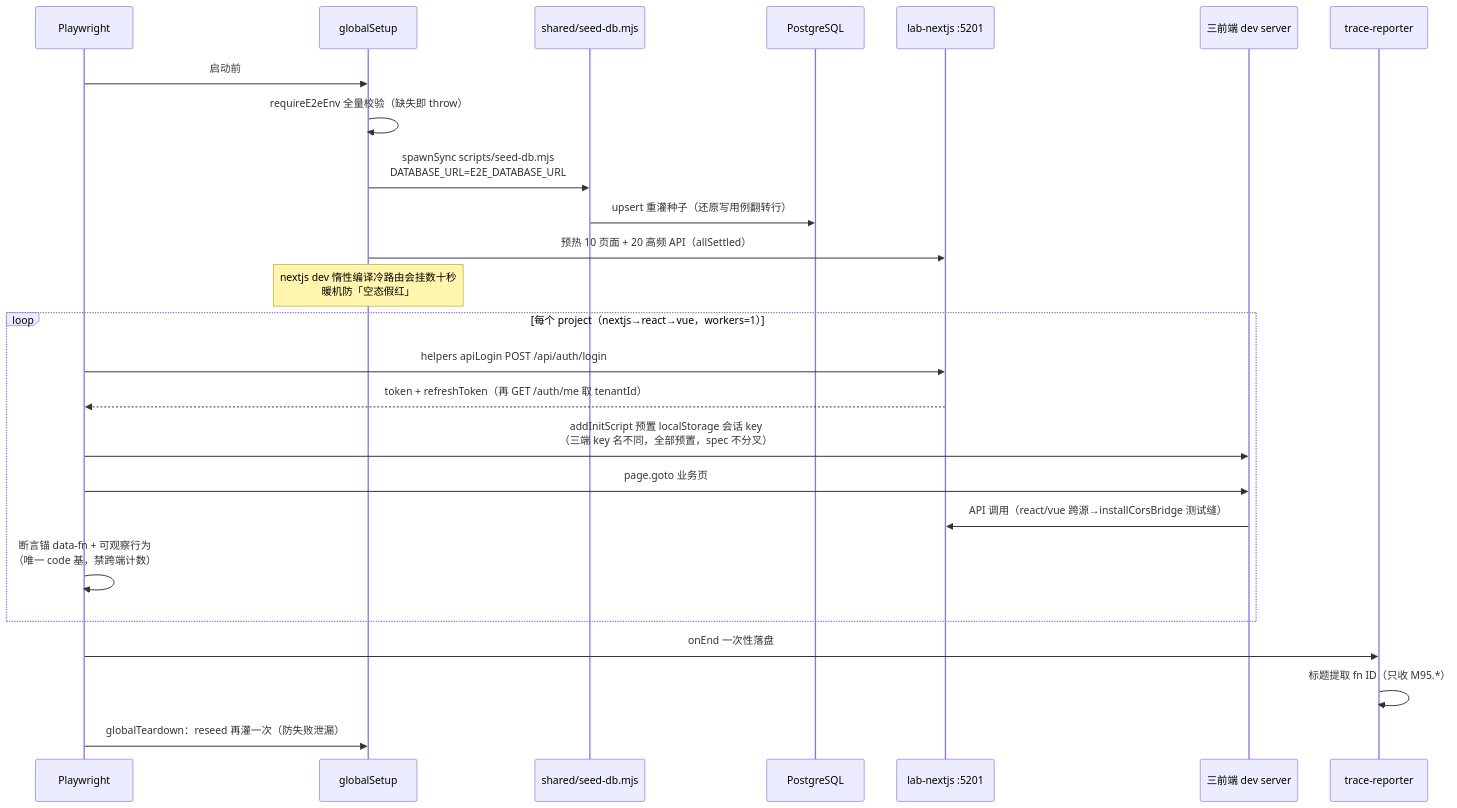
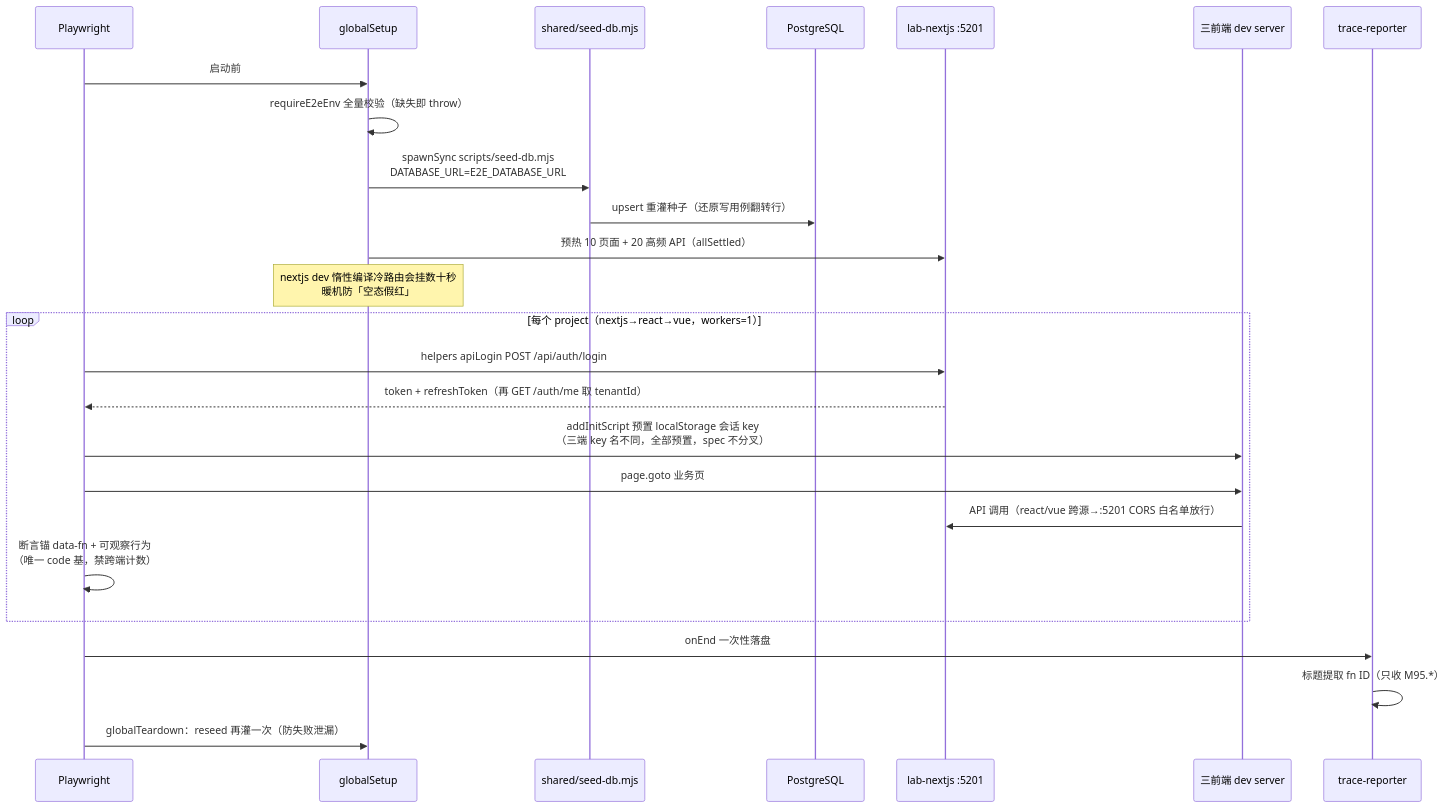
One commit to zcqiand/lab-management-system-e2e changed the second of 2 diagrams in ARCHITECTURE.md. Above: the diagram before and after it, drawn with Mermaid. The commit also changed other lines of this file and 6 other files, not shown here.

Commit message:
docs(e2e): ARCHITECTURE.md / e2e-runtime.md / function-tree.md 文档收口 + 3 spec 增补

````diff
--- a/ARCHITECTURE.md
+++ b/ARCHITECTURE.md
@@ -81,28 +81,28 @@
 ```mermaid
 sequenceDiagram
   participant PW as Playwright
   participant GS as globalSetup
   participant SH as shared/seed-db.mjs
   participant DB as PostgreSQL
   participant NX as lab-nextjs :5201
   participant FE as 三前端 dev server
   participant TR as trace-reporter
 
   PW->>GS: 启动前
   GS->>GS: requireE2eEnv 全量校验（缺失即 throw）
   GS->>SH: spawnSync scripts/seed-db.mjs<br/>DATABASE_URL=E2E_DATABASE_URL
   SH->>DB: upsert 重灌种子（还原写用例翻转行）
   GS->>NX: 预热 10 页面 + 20 高频 API（allSettled）
   Note over GS: nextjs dev 惰性编译冷路由会挂数十秒<br/>暖机防「空态假红」
   loop 每个 project（nextjs→react→vue，workers=1）
     PW->>NX: helpers apiLogin POST /api/auth/login
     NX-->>PW: token + refreshToken（再 GET /auth/me 取 tenantId）
     PW->>FE: addInitScript 预置 localStorage 会话 key<br/>（三端 key 名不同，全部预置，spec 不分叉）
     PW->>FE: page.goto 业务页
-    FE->>NX: API 调用（react/vue 跨源→installCorsBridge 测试缝）
+    FE->>NX: API 调用（react/vue 跨源→:5201 CORS 白名单放行）
     PW->>PW: 断言锚 data-fn + 可观察行为<br/>（唯一 code 基，禁跨端计数）
   end
   PW->>TR: onEnd 一次性落盘
   TR->>TR: 标题提取 fn ID（只收 M95.*）
   PW->>GS: globalTeardown：reseed 再灌一次（防失败泄漏）
 ```
````
